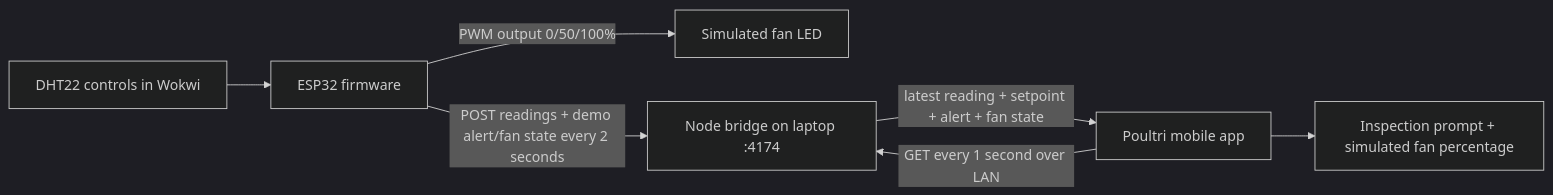
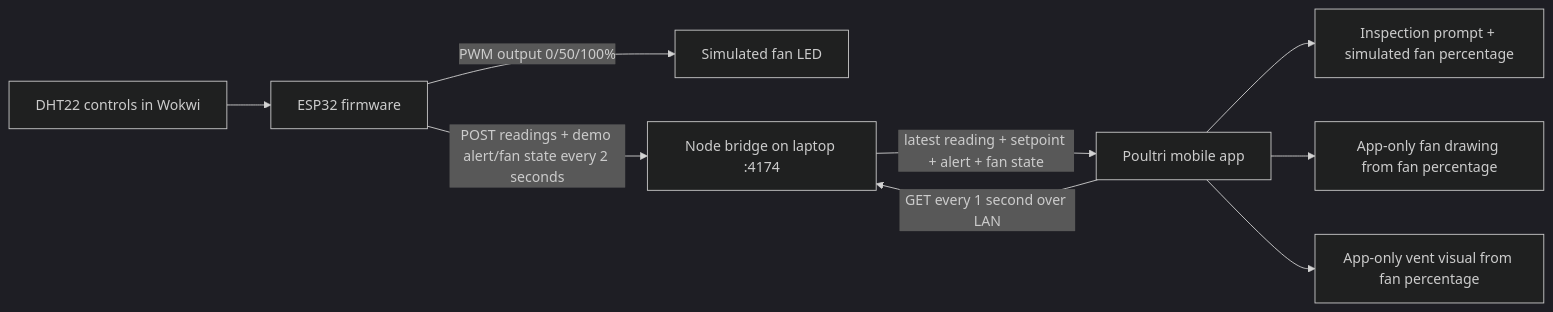
The first of 2 diagrams in build-requirements.md (kyledelfin2006/poultri-startup), drawn with Mermaid (dark theme) before and after one commit. The commit also changed other lines of this file and 11 other files, not shown here.

````diff
--- a/build-requirements.md
+++ b/build-requirements.md
@@ -7,9 +7,11 @@
 ```mermaid
 flowchart LR
     DHT[DHT22 controls in Wokwi] --> ESP[ESP32 firmware]
     ESP -->|PWM output 0/50/100%| LED[Simulated fan LED]
     ESP -->|POST readings + demo alert/fan state every 2 seconds| Bridge[Node bridge on laptop :4174]
     App[Poultri mobile app] -->|GET every 1 second over LAN| Bridge
     Bridge -->|latest reading + setpoint + alert + fan state| App
     App --> Prompt[Inspection prompt + simulated fan percentage]
+    App --> FanVisual[App-only fan drawing from fan percentage]
+    App --> Vent[App-only vent visual from fan percentage]
 ```
````
